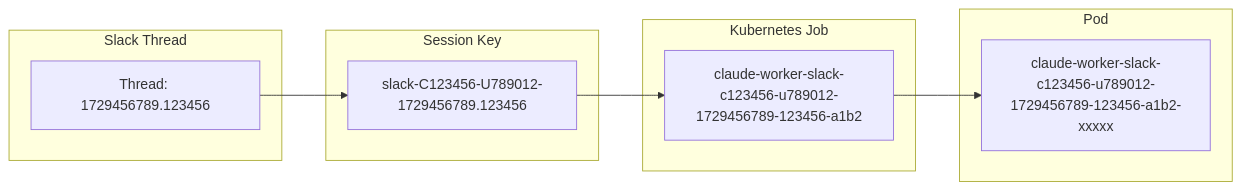
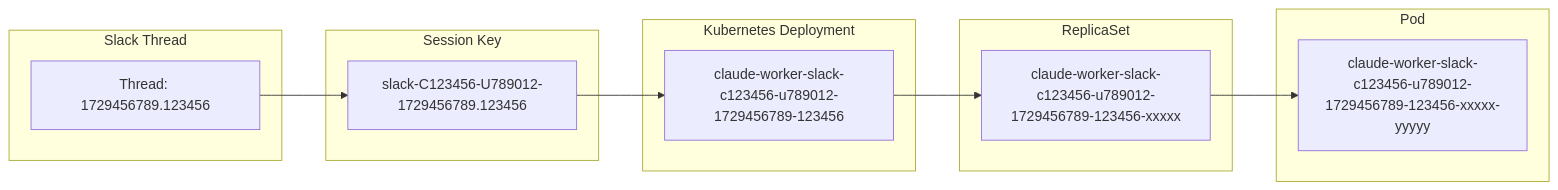
The sixth of 8 diagrams in ARCHITECTURE.md (buremba/claude-code-slack), drawn with Mermaid before and after one commit. The commit also changed other lines of this file and 28 other files, not shown here.

````diff
--- a/ARCHITECTURE.md
+++ b/ARCHITECTURE.md
@@ -193,22 +193,27 @@
 ```mermaid
 graph LR
     subgraph SlackThread[Slack Thread]
         T[Thread: 1729456789.123456]
     end
     
     subgraph SessionKey[Session Key]
         SK[slack-C123456-U789012-1729456789.123456]
     end
     
-    subgraph KubernetesJob[Kubernetes Job]
-        J[claude-worker-slack-c123456-u789012-1729456789-123456-a1b2]
+    subgraph KubernetesDeployment[Kubernetes Deployment]
+        D[claude-worker-slack-c123456-u789012-1729456789-123456]
+    end
+    
+    subgraph ReplicaSet[ReplicaSet]
+        RS[claude-worker-slack-c123456-u789012-1729456789-123456-xxxxx]
     end
     
     subgraph Pod[Pod]
-        P[claude-worker-slack-c123456-u789012-1729456789-123456-a1b2-xxxxx]
+        P[claude-worker-slack-c123456-u789012-1729456789-123456-xxxxx-yyyyy]
     end
     
     T --> SK
-    SK --> J
-    J --> P
+    SK --> D
+    D --> RS
+    RS --> P
 ```
````
